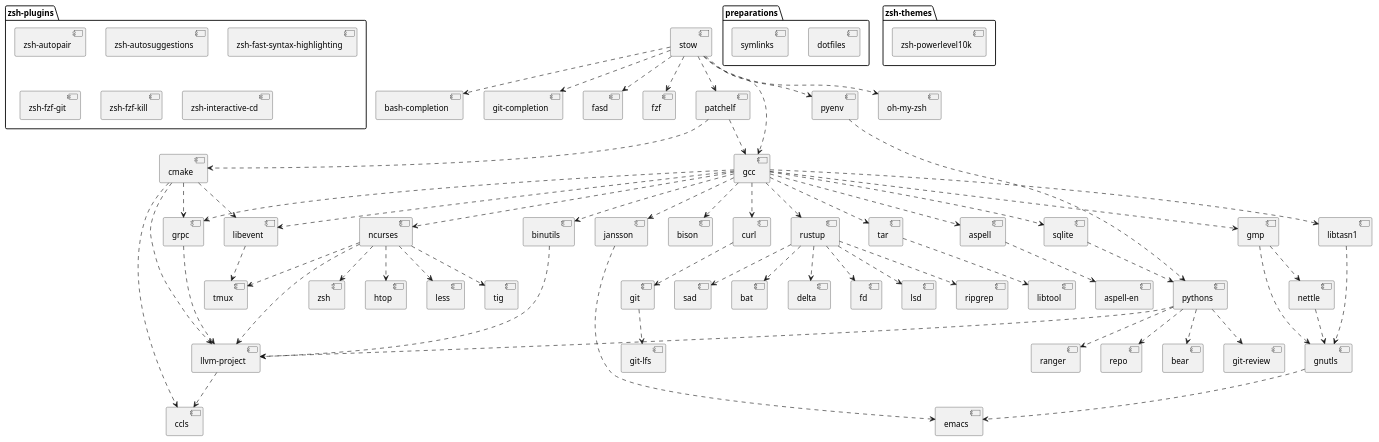
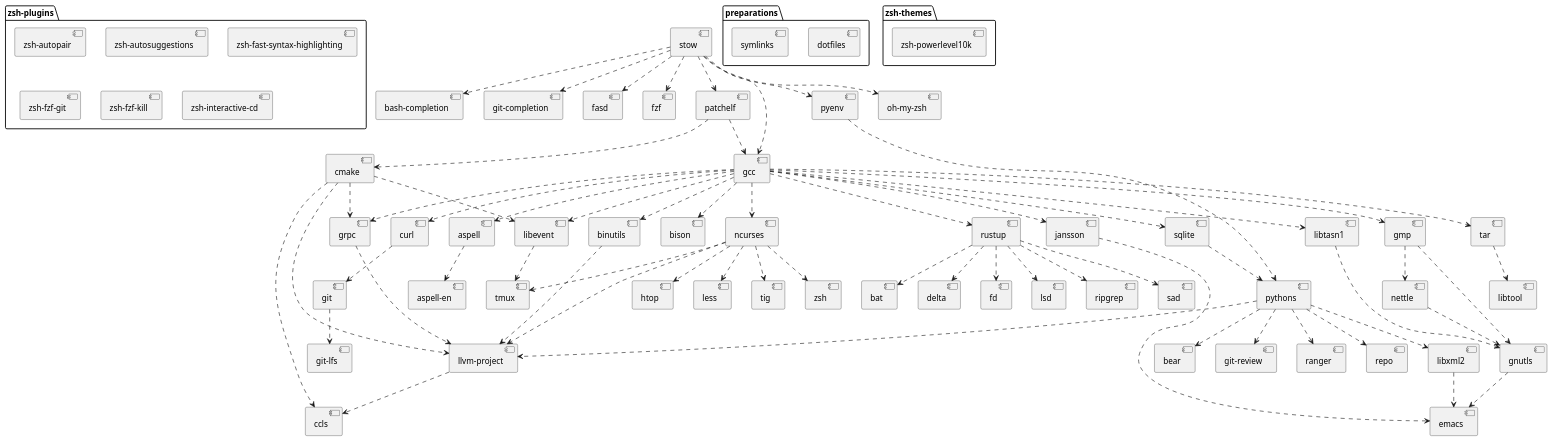
One commit to gessen/linsee-pkgs changed the diagram in deps.plantuml. Above: the diagram before and after it, drawn with PlantUML. The commit also changed 4 other files, not shown here.

```diff
--- a/deps.plantuml
+++ b/deps.plantuml
@@ -1,101 +1,103 @@
 @startuml
 
 package "preparations" {
   [dotfiles]
   [symlinks]
 }
 
 package "zsh-plugins" {
   [zsh-autopair]
   [zsh-autosuggestions]
   [zsh-fast-syntax-highlighting]
   [zsh-fzf-git]
   [zsh-fzf-kill]
   [zsh-interactive-cd]
 }
 
 package "zsh-themes" {
   [zsh-powerlevel10k]
 }
 
 [stow] ..> [bash-completion]
 [stow] ..> [git-completion]
 [stow] ..> [fasd]
 [stow] ..> [fzf]
 [stow] ..> [gcc]
 [stow] ..> [oh-my-zsh]
 [stow] ..> [patchelf]
 [stow] ..> [pyenv]
 
 [patchelf] ..> [gcc]
 [patchelf] ..> [cmake]
 
 [gcc] ..> [aspell]
 [gcc] ..> [binutils]
 [gcc] ..> [bison]
 [gcc] ..> [curl]
 [gcc] ..> [gmp]
 [gcc] ..> [grpc]
 [gcc] ..> [jansson]
 [gcc] ..> [libevent]
 [gcc] ..> [libtasn1]
 [gcc] ..> [ncurses]
 [gcc] ..> [rustup]
 [gcc] ..> [sqlite]
 [gcc] ..> [tar]
 
 [cmake] ..> [ccls]
 [cmake] ..> [grpc]
 [cmake] ..> [llvm-project]
 [cmake] ..> [libevent]
 
 [pyenv] ..> [pythons]
 [sqlite] ..> [pythons]
 
 [pythons] ..> [bear]
 [pythons] ..> [git-review]
+[pythons] ..> [libxml2]
 [pythons] ..> [ranger]
 [pythons] ..> [repo]
 
 [gmp] ..> [nettle]
 [gmp] ..> [gnutls]
 
 [libtasn1] ..> [gnutls]
 [nettle] ..> [gnutls]
 
 [gnutls] ..> [emacs]
 [jansson] ..> [emacs]
+[libxml2] ..> [emacs]
 
 [aspell] ..> [aspell-en]
 
 [binutils] ..> [llvm-project]
 
 [grpc] ..> [llvm-project]
 
 [pythons] ..> [llvm-project]
 
 [tar] ..> [libtool]
 
 [ncurses] ..> [htop]
 [ncurses] ..> [less]
 [ncurses] ..> [llvm-project]
 [ncurses] ..> [tig]
 [ncurses] ..> [tmux]
 [ncurses] ..> [zsh]
 
 [libevent] ..> [tmux]
 
 [curl] ..> [git]
 
 [git] ..> [git-lfs]
 
 [llvm-project] ..> [ccls]
 
 [rustup] ..> [bat]
 [rustup] ..> [delta]
 [rustup] ..> [fd]
 [rustup] ..> [lsd]
 [rustup] ..> [ripgrep]
 [rustup] ..> [sad]
 
 @enduml
```
